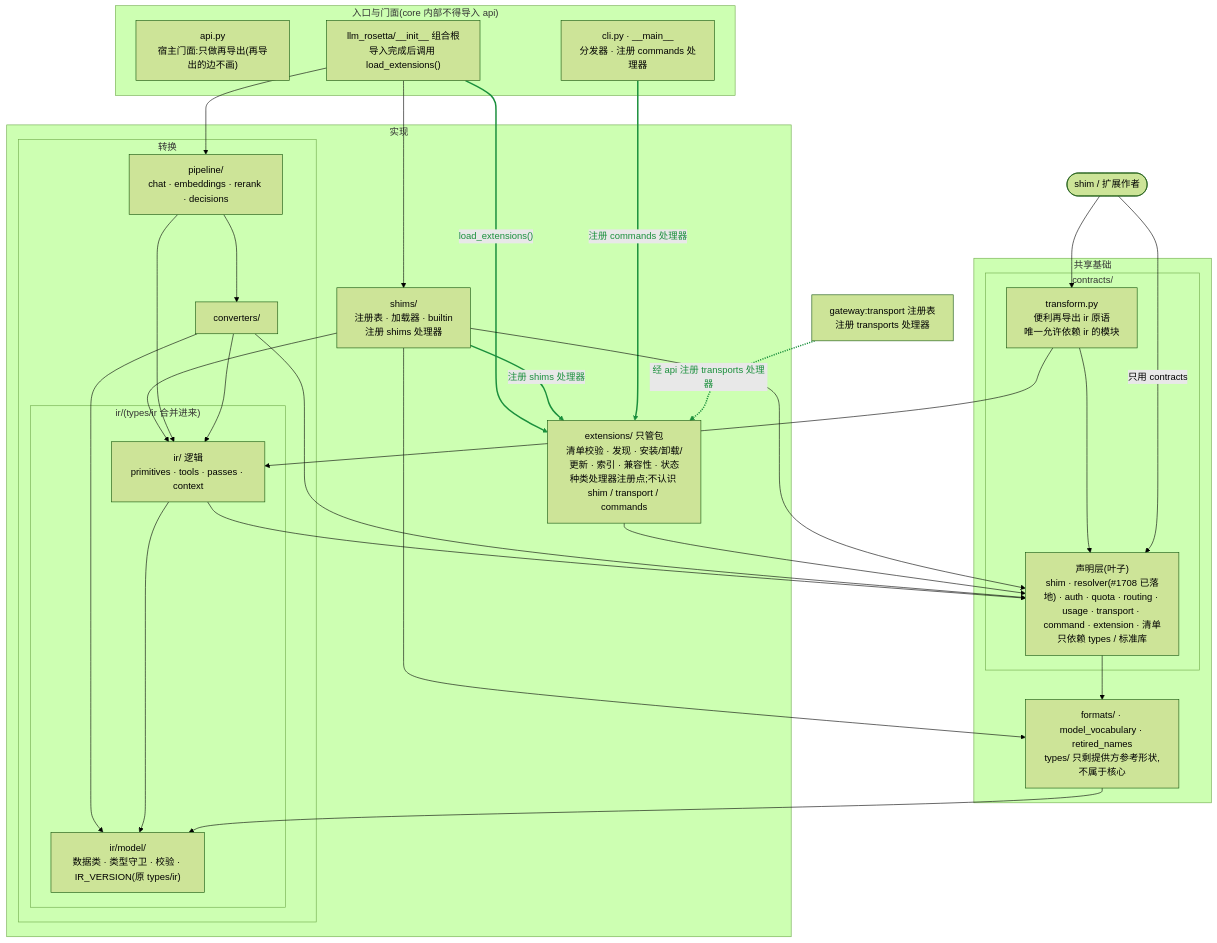
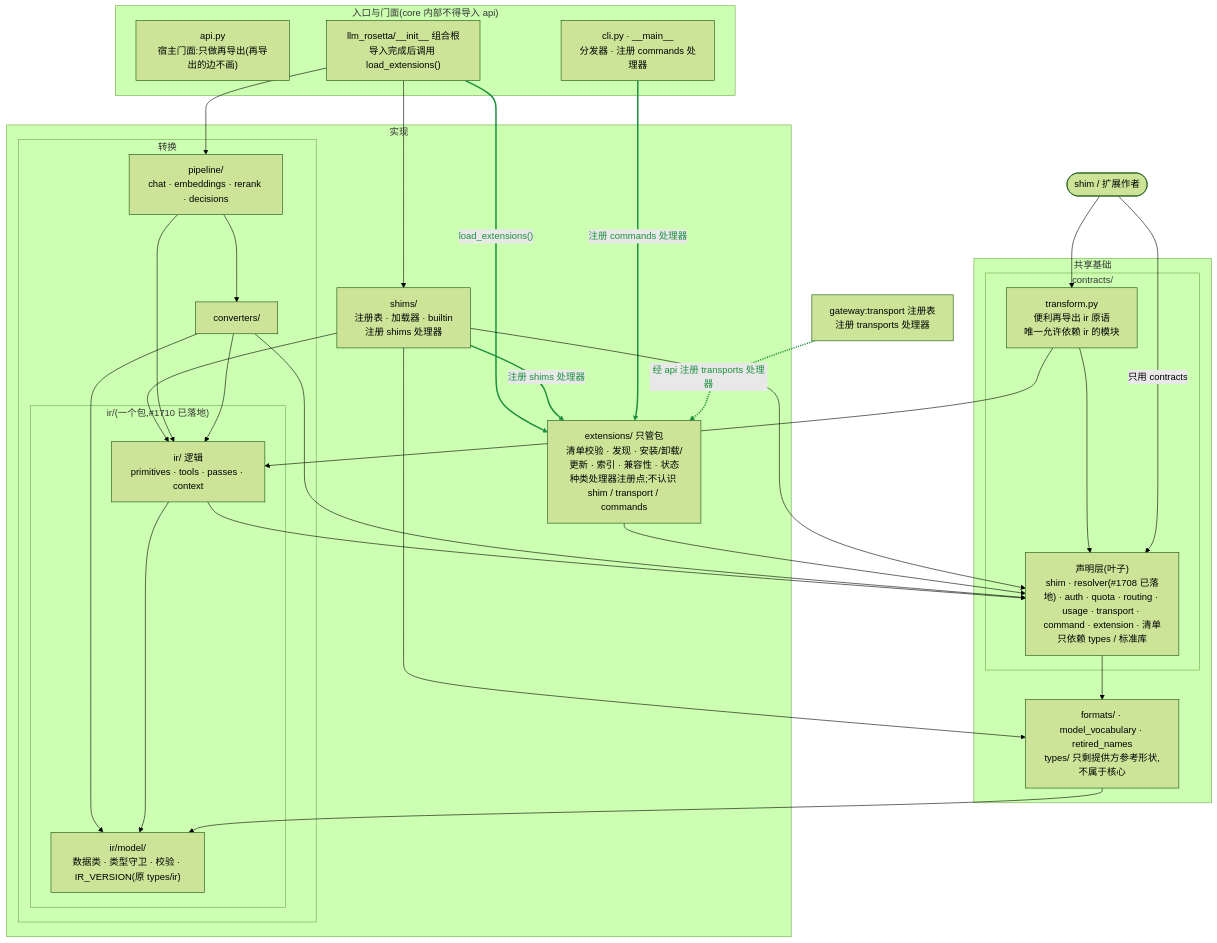
Before and after one commit to Oaklight/llm-rosetta: the diagram in core_target.mmd, drawn with Mermaid (forest theme). The commit also changed 4 other files, not shown here.

First line of the commit message:
docs: core diagram after #1710 (IR is one package)

```diff
--- a/core_target.mmd
+++ b/core_target.mmd
@@ -1,57 +1,57 @@
 flowchart TB
   AUTHOR(["shim / 扩展作者"])
   GW["gateway:transport 注册表<br/>注册 transports 处理器"]
   subgraph FACADE["入口与门面(core 内部不得导入 api)"]
     API["api.py<br/>宿主门面:只做再导出(再导出的边不画)"]
     INIT["llm_rosetta/__init__ 组合根<br/>导入完成后调用 load_extensions()"]
     CLI["cli.py · __main__<br/>分发器 · 注册 commands 处理器"]
   end
   subgraph IMPL["实现"]
     subgraph CONV["转换"]
       PIPE["pipeline/<br/>chat · embeddings · rerank · decisions"]
       CVT["converters/"]
-      subgraph IRCORE["ir/(types/ir 合并进来)"]
+      subgraph IRCORE["ir/(一个包,#1710 已落地)"]
         IRMODEL["ir/model/<br/>数据类 · 类型守卫 · 校验 · IR_VERSION(原 types/ir)"]
         IROPS["ir/ 逻辑<br/>primitives · tools · passes · context"]
       end
     end
     EXTS["extensions/ 只管包<br/>清单校验 · 发现 · 安装/卸载/更新 · 索引 · 兼容性 · 状态<br/>种类处理器注册点;不认识 shim / transport / commands"]
     SHIM["shims/<br/>注册表 · 加载器 · builtin<br/>注册 shims 处理器"]
   end
   subgraph FOUND["共享基础"]
     subgraph CONS["contracts/"]
       CDECL["声明层(叶子)<br/>shim · resolver(#1708 已落地) · auth · quota · routing · usage · transport · command · extension · 清单<br/>只依赖 types / 标准库"]
       CXF["transform.py<br/>便利再导出 ir 原语<br/>唯一允许依赖 ir 的模块"]
     end
     FMT["formats/ · model_vocabulary · retired_names<br/>types/ 只剩提供方参考形状,不属于核心"]
   end
 
 
   INIT --> PIPE
   INIT --> SHIM
   INIT -->|"load_extensions()"| EXTS
   SHIM -->|"注册 shims 处理器"| EXTS
   CLI -->|"注册 commands 处理器"| EXTS
   GW -.->|"经 api 注册 transports 处理器"| EXTS
   EXTS --> CDECL
   SHIM --> CDECL
   SHIM --> IROPS
   SHIM --> FMT
   PIPE --> CVT
   PIPE --> IROPS
   CVT --> IROPS
   CVT --> IRMODEL
   CVT --> CDECL
   IROPS --> CDECL
   IROPS --> IRMODEL
   FMT --> IRMODEL
   CXF --> IROPS
   CXF --> CDECL
   CDECL --> FMT
   AUTHOR -->|"只用 contracts"| CDECL
   AUTHOR --> CXF
 
   linkStyle 2 stroke:#1a8f3c,stroke-width:2.5px,color:#1a8f3c
   linkStyle 3 stroke:#1a8f3c,stroke-width:2.5px,color:#1a8f3c
   linkStyle 4 stroke:#1a8f3c,stroke-width:2.5px,color:#1a8f3c
   linkStyle 5 stroke:#1a8f3c,stroke-width:2.5px,color:#1a8f3c
```
